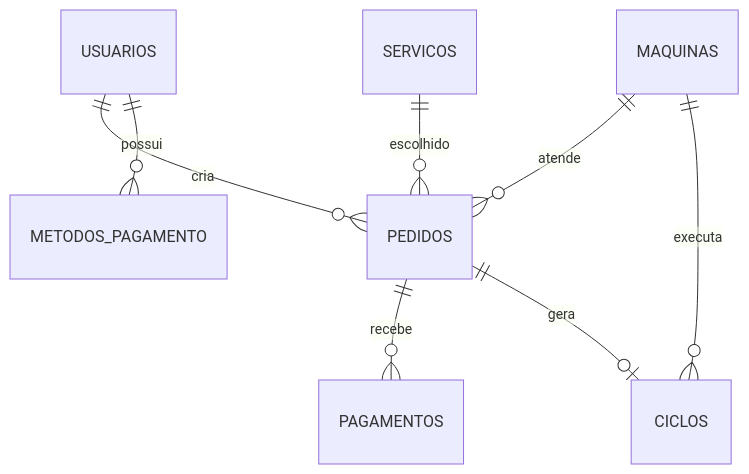
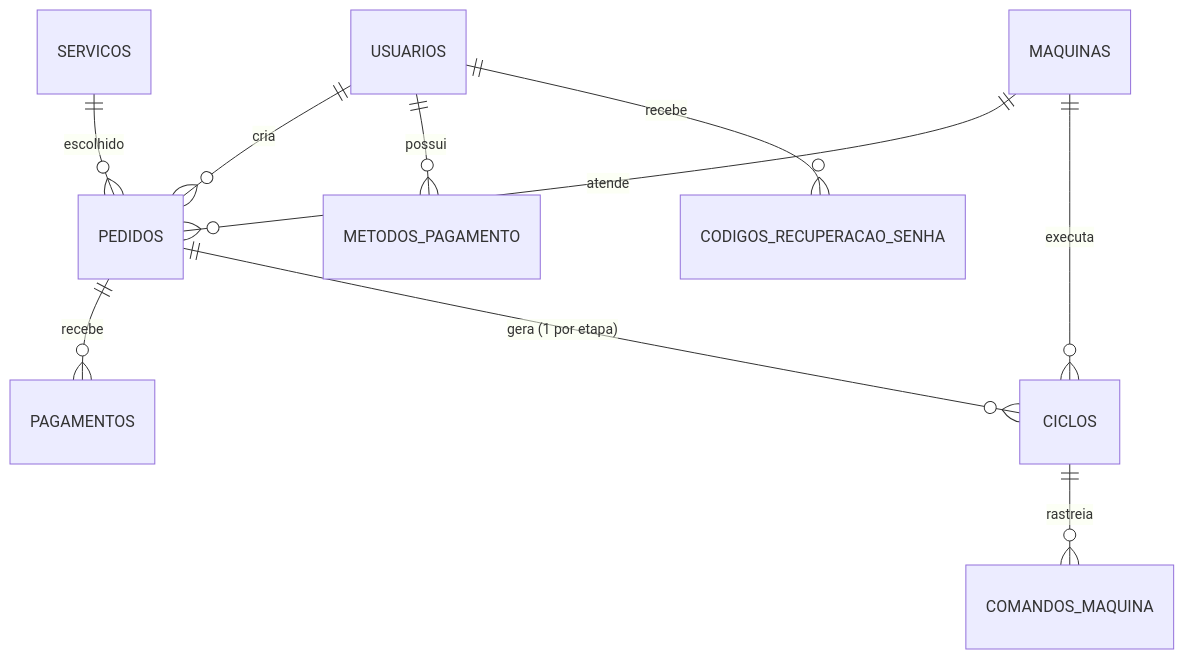
The diagram in docs/banco-de-dados/modelagem.md (joelmirandaa/Lav.Cameta), drawn with Mermaid before and after one commit. The commit also changed other lines of this file and 316 other files, not shown here.

````diff
--- a/docs/banco-de-dados/modelagem.md
+++ b/docs/banco-de-dados/modelagem.md
@@ -5,10 +5,12 @@
 ```mermaid
 erDiagram
  USUARIOS ||--o{ PEDIDOS : cria
+ USUARIOS ||--o{ METODOS_PAGAMENTO : possui
+ USUARIOS ||--o{ CODIGOS_RECUPERACAO_SENHA : recebe
  MAQUINAS ||--o{ PEDIDOS : atende
  SERVICOS ||--o{ PEDIDOS : escolhido
  PEDIDOS ||--o{ PAGAMENTOS : recebe
- PEDIDOS ||--o| CICLOS : gera
+ PEDIDOS ||--o{ CICLOS : "gera (1 por etapa)"
  MAQUINAS ||--o{ CICLOS : executa
- USUARIOS ||--o{ METODOS_PAGAMENTO : possui
+ CICLOS ||--o{ COMANDOS_MAQUINA : rastreia
 ```
````
